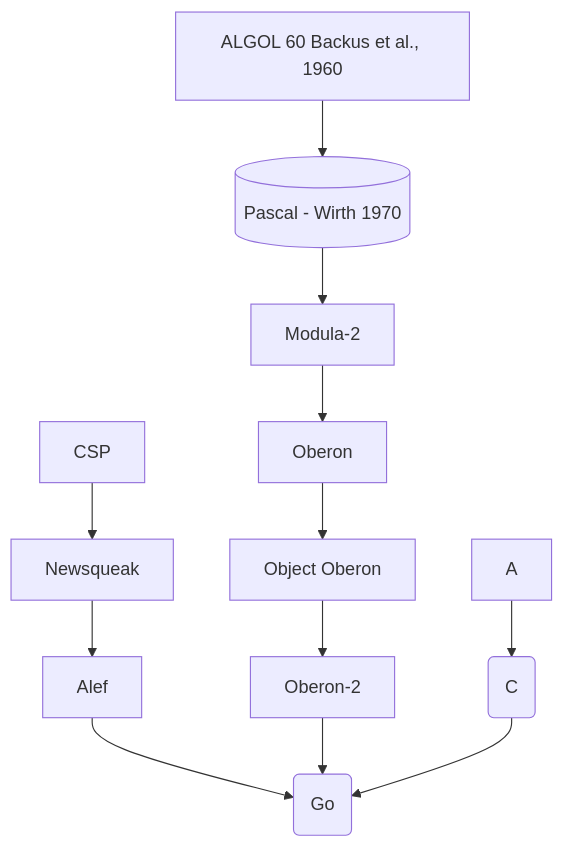
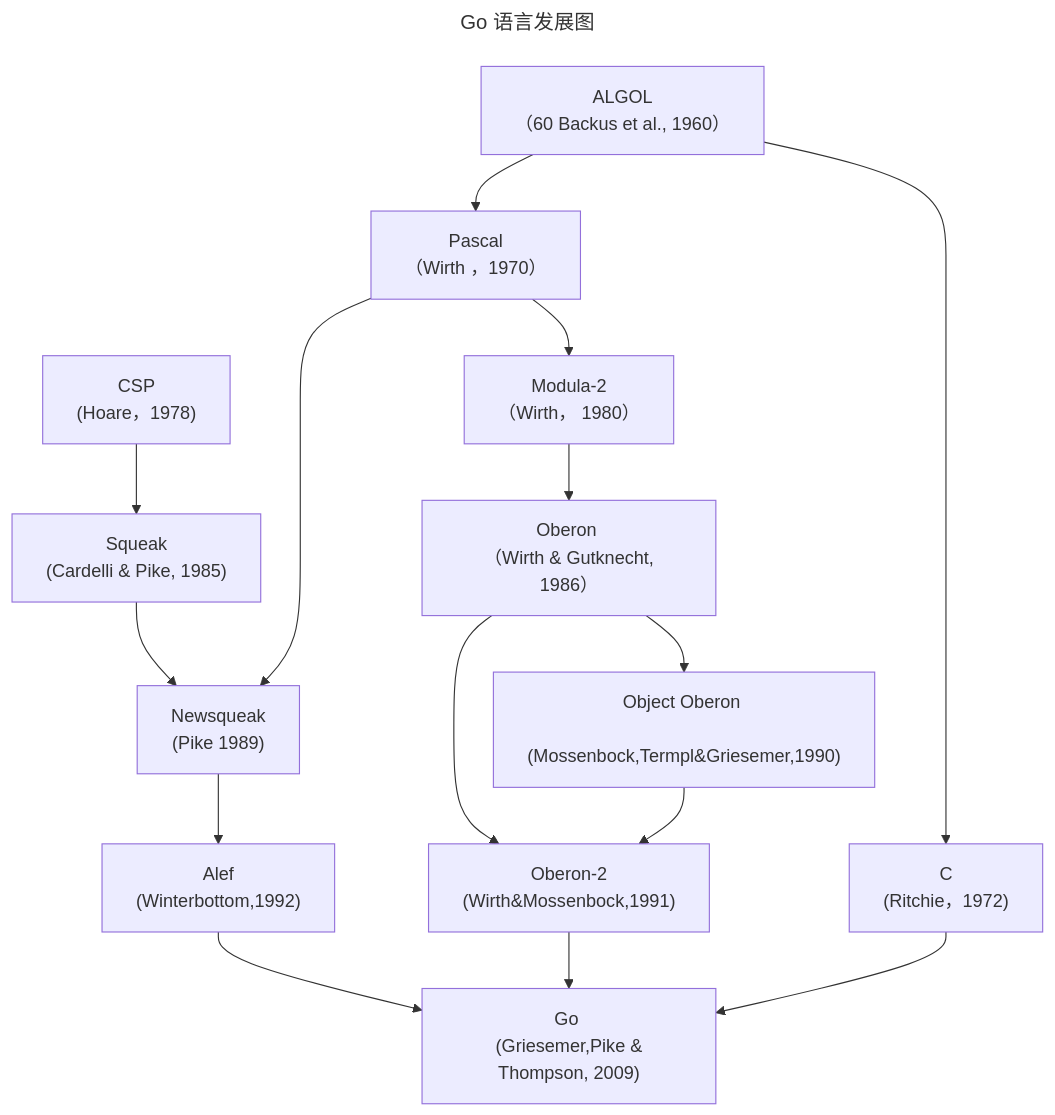
Before and after one commit to hanzhuoxian/study: the diagram in notes/go/Go 圣经/前言.md, drawn with Mermaid. The commit also changed other lines of this file and 10 other files, not shown here.

````diff
--- a/notes/go/Go 圣经/前言.md
+++ b/notes/go/Go 圣经/前言.md
@@ -7,16 +7,21 @@
 ```mermaid
+---
+title: Go 语言发展图
+---
 graph TD
-AA[CSP] --> AB[Squeak]
-AB[Newsqueak] --> AC[Alef]
-AC --> G
+AA["CSP \n (Hoare，1978)"] --> AB["Squeak \n (Cardelli & Pike, 1985)"]
+AB --> AC["Newsqueak \n (Pike 1989)"]
+AC --> AD["Alef \n (Winterbottom,1992)"]
+AD --> G
 
-BA[ALGOL 60 Backus et al., 1960] --> BB[(Pascal - Wirth 1970 )]
-BB--> BC[Modula-2]
-BC-->BD[Oberon]
-BD-->BE[Object Oberon]
-BE-->BF[Oberon-2]
+BA["ALGOL \n （60 Backus et al., 1960）"] --> BB["Pascal \n （Wirth ，1970） "]
+BB --> BC["Modula-2 \n （Wirth， 1980）"]
+BB --> AC
+BC --> BD["Oberon \n （Wirth & Gutknecht, 1986）"]
+BD --> BE["Object Oberon \n (Mossenbock,Termpl&Griesemer,1990)"]
+BD & BE --> BF["Oberon-2\n(Wirth&Mossenbock,1991)"]
 BF --> G
 
-A --> CA(C)
-CA --> G(Go)
+BA --> CA["C \n (Ritchie，1972)"]
+CA --> G["Go \n (Griesemer,Pike & Thompson, 2009)"]
 ```
````
